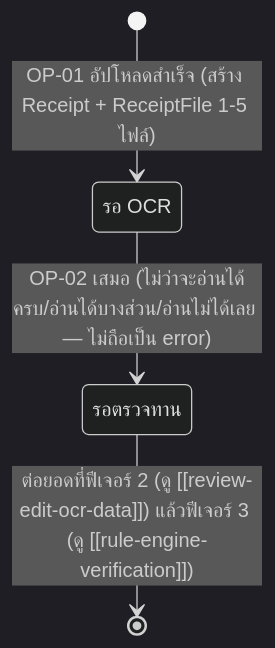
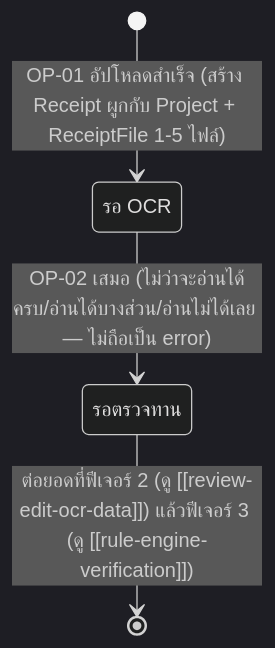
The second of 2 diagrams in docs/02-design/02-technical/detailed-design/receipt-upload-ocr.md (ptrsswnr/Grant-Receipt-Assistant), drawn with Mermaid (dark theme) before and after one commit. The commit also changed other lines of this file and 18 other files, not shown here.

````diff
--- a/docs/02-design/02-technical/detailed-design/receipt-upload-ocr.md
+++ b/docs/02-design/02-technical/detailed-design/receipt-upload-ocr.md
@@ -89,9 +102,9 @@
 ```mermaid
 stateDiagram-v2
     state "รอ OCR" as s_ocr
     state "รอตรวจทาน" as s_review
 
-    [*] --> s_ocr : OP-01 อัปโหลดสำเร็จ (สร้าง Receipt + ReceiptFile 1-5 ไฟล์)
+    [*] --> s_ocr : OP-01 อัปโหลดสำเร็จ (สร้าง Receipt ผูกกับ Project + ReceiptFile 1-5 ไฟล์)
     s_ocr --> s_review : OP-02 เสมอ (ไม่ว่าจะอ่านได้ครบ/อ่านได้บางส่วน/อ่านไม่ได้เลย — ไม่ถือเป็น error)
     s_review --> [*] : ต่อยอดที่ฟีเจอร์ 2 (ดู [[review-edit-ocr-data]]) แล้วฟีเจอร์ 3 (ดู [[rule-engine-verification]])
 ```
````
